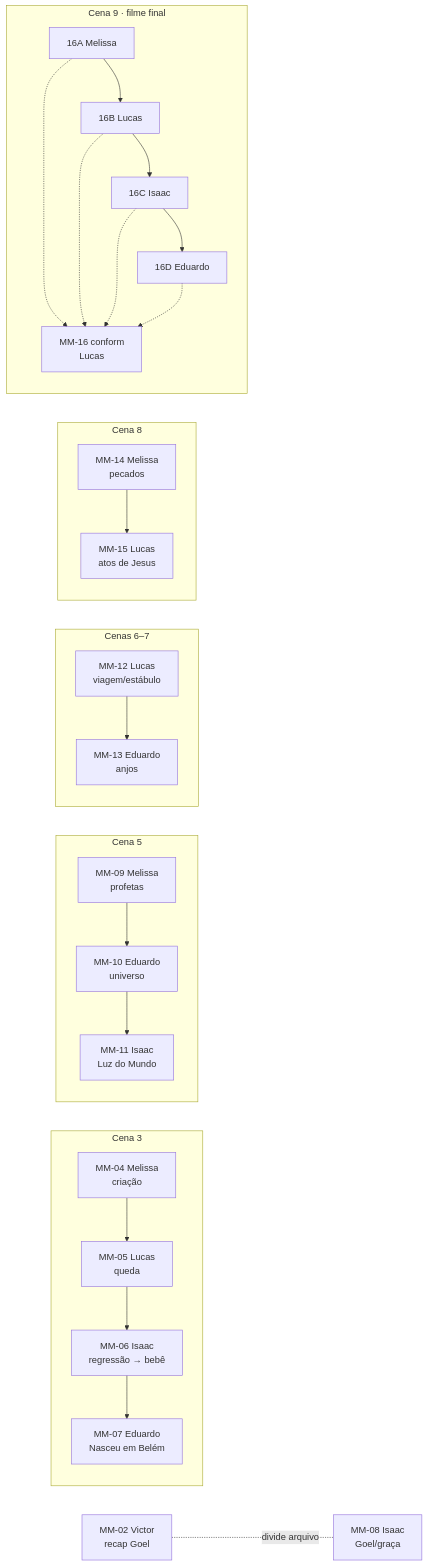
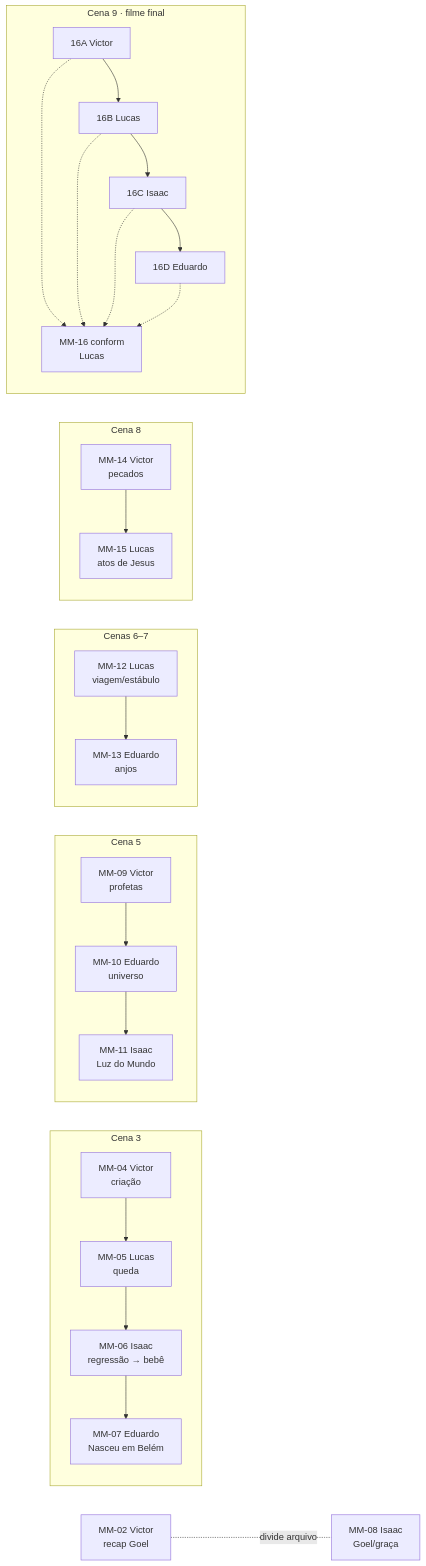
Before and after one commit to Luz-GMP/Musical-Hesed-GET: the diagram in docs/dependencias.md, drawn with Mermaid. The commit also changed other lines of this file and 42 other files, not shown here.

````diff
--- a/docs/dependencias.md
+++ b/docs/dependencias.md
@@ -22,22 +22,22 @@
 ```mermaid
 flowchart LR
   subgraph C3[Cena 3]
-    MM04[MM-04 Melissa<br/>criação] --> MM05[MM-05 Lucas<br/>queda]
+    MM04[MM-04 Victor<br/>criação] --> MM05[MM-05 Lucas<br/>queda]
     MM05 --> MM06[MM-06 Isaac<br/>regressão → bebê]
     MM06 --> MM07[MM-07 Eduardo<br/>Nasceu em Belém]
   end
   subgraph C5[Cena 5]
-    MM09[MM-09 Melissa<br/>profetas] --> MM10[MM-10 Eduardo<br/>universo] --> MM11[MM-11 Isaac<br/>Luz do Mundo]
+    MM09[MM-09 Victor<br/>profetas] --> MM10[MM-10 Eduardo<br/>universo] --> MM11[MM-11 Isaac<br/>Luz do Mundo]
   end
   subgraph C67[Cenas 6–7]
     MM12[MM-12 Lucas<br/>viagem/estábulo] --> MM13[MM-13 Eduardo<br/>anjos]
   end
   subgraph C8[Cena 8]
-    MM14[MM-14 Melissa<br/>pecados] --> MM15[MM-15 Lucas<br/>atos de Jesus]
+    MM14[MM-14 Victor<br/>pecados] --> MM15[MM-15 Lucas<br/>atos de Jesus]
   end
   subgraph C9[Cena 9 · filme final]
-    A[16A Melissa] --> B[16B Lucas] --> C[16C Isaac] --> D[16D Eduardo]
+    A[16A Victor] --> B[16B Lucas] --> C[16C Isaac] --> D[16D Eduardo]
     A & B & C & D -.-> M[MM-16 conform<br/>Lucas]
   end
   MM02[MM-02 Victor<br/>recap Goel] -. divide arquivo .- MM08[MM-08 Isaac<br/>Goel/graça]
 ```
````
